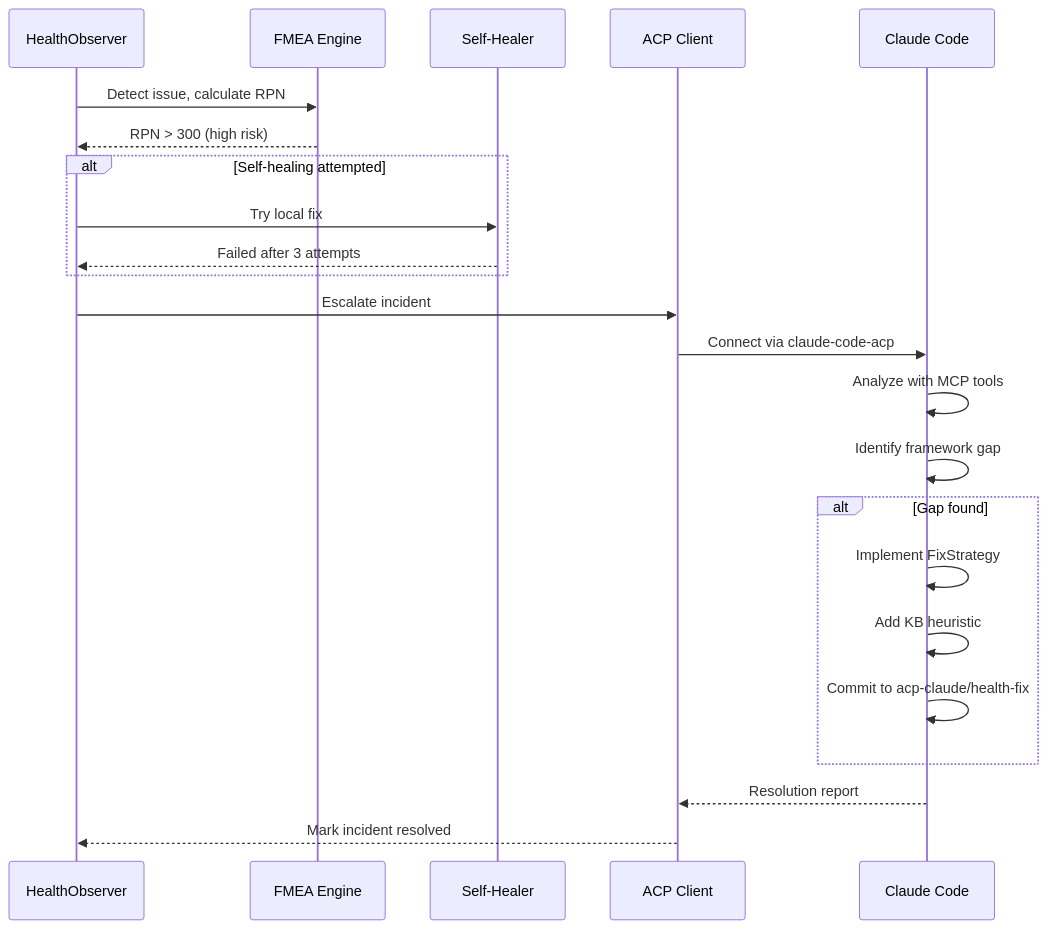
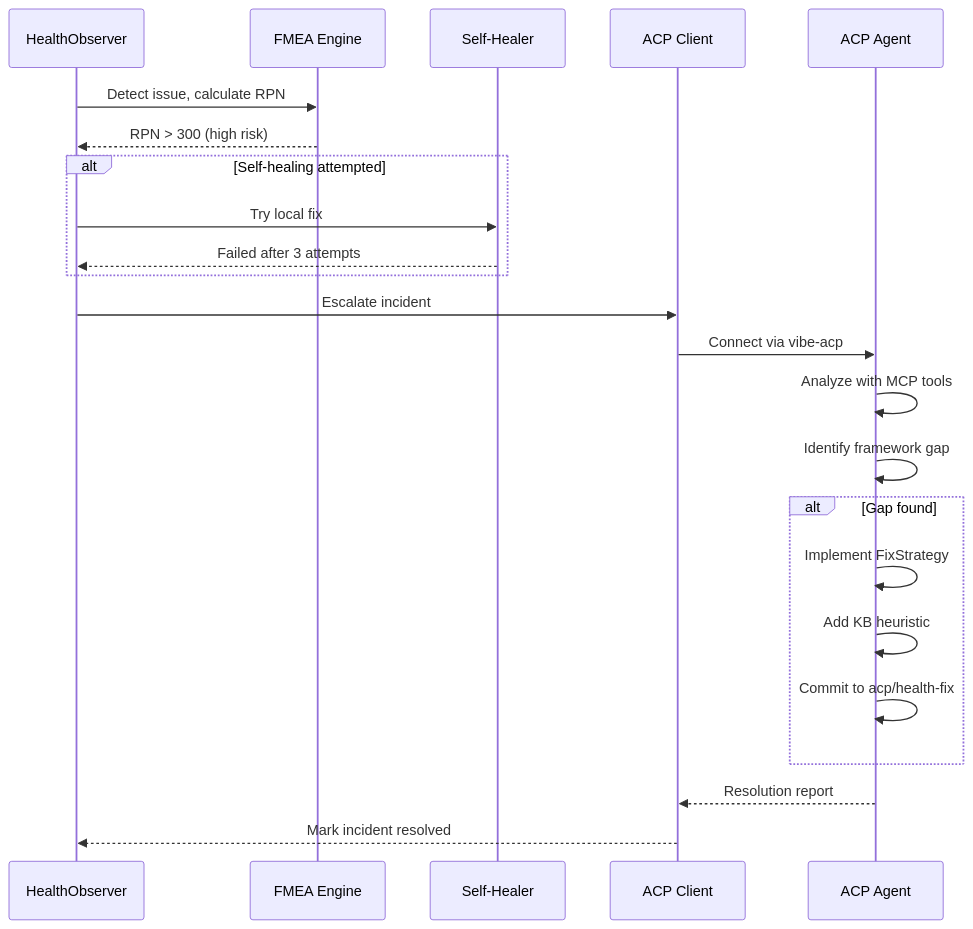
One commit to zndx/gaius changed the fourth of 4 diagrams in src/gaius/health/README.md. Above: the diagram before and after it, drawn with Mermaid. The commit also changed other lines of this file and 22 other files, not shown here.

First line of the commit message:
refactor(acp): replace Claude Code references with Mistral Vibe

````diff
--- a/src/gaius/health/README.md
+++ b/src/gaius/health/README.md
@@ -421,31 +421,31 @@
 ```mermaid
 sequenceDiagram
     participant HO as HealthObserver
     participant FMEA as FMEA Engine
     participant SH as Self-Healer
     participant ACP as ACP Client
-    participant CC as Claude Code
+    participant AG as ACP Agent
 
     HO->>FMEA: Detect issue, calculate RPN
     FMEA-->>HO: RPN > 300 (high risk)
 
     alt Self-healing attempted
         HO->>SH: Try local fix
         SH-->>HO: Failed after 3 attempts
     end
 
     HO->>ACP: Escalate incident
-    ACP->>CC: Connect via claude-code-acp
+    ACP->>AG: Connect via vibe-acp
 
-    CC->>CC: Analyze with MCP tools
-    CC->>CC: Identify framework gap
+    AG->>AG: Analyze with MCP tools
+    AG->>AG: Identify framework gap
 
     alt Gap found
-        CC->>CC: Implement FixStrategy
-        CC->>CC: Add KB heuristic
-        CC->>CC: Commit to acp-claude/health-fix
+        AG->>AG: Implement FixStrategy
+        AG->>AG: Add KB heuristic
+        AG->>AG: Commit to acp/health-fix
     end
 
-    CC-->>ACP: Resolution report
+    AG-->>ACP: Resolution report
     ACP-->>HO: Mark incident resolved
 ```
````
